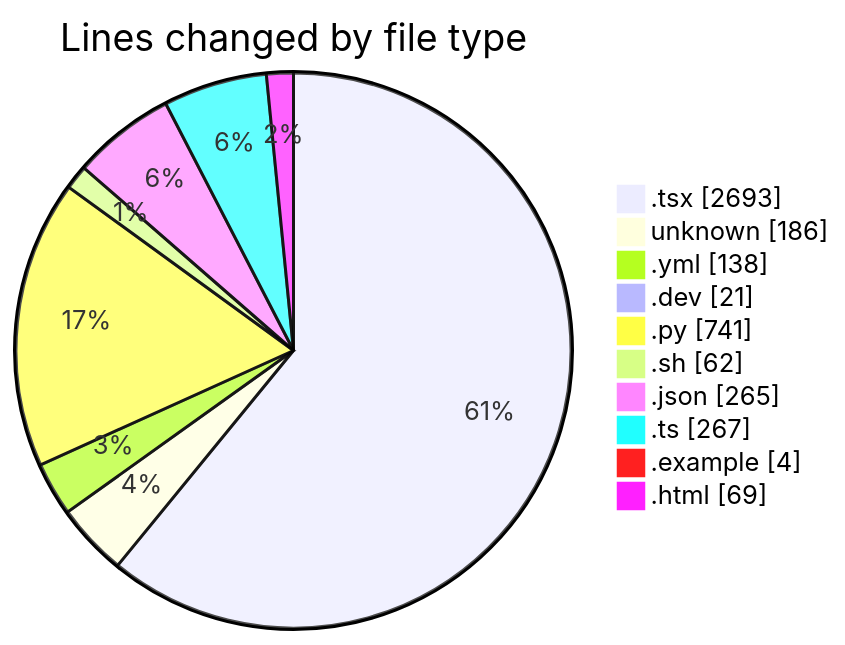
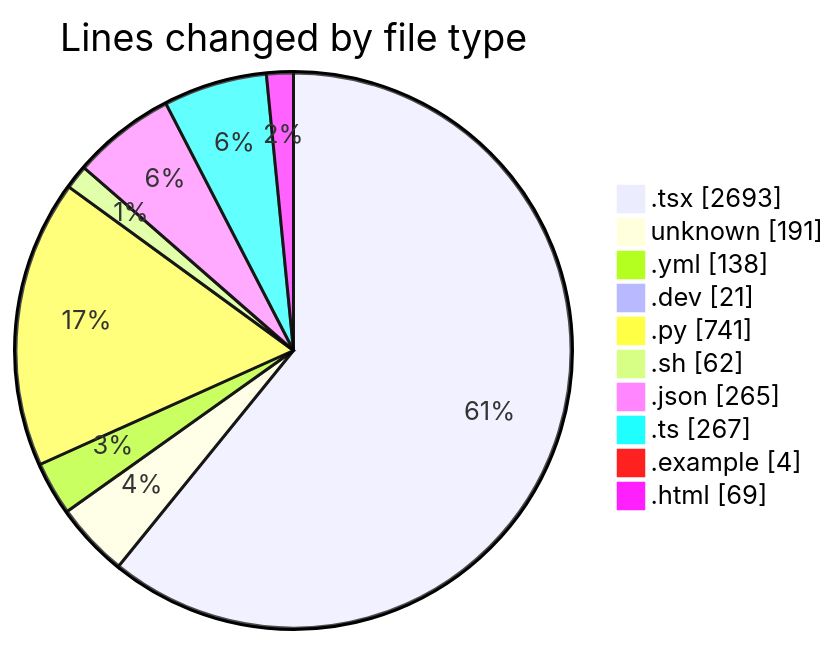
One commit to Elitesun/code-tracking changed the first of 2 diagrams in 2025-05-18/niten/README.md. Above: the diagram before and after it, drawn with Mermaid. The commit also changed other lines of this file and 1 other file, not shown here.

````diff
--- a/2025-05-18/niten/README.md
+++ b/2025-05-18/niten/README.md
@@ -51,14 +52,14 @@
 ```mermaid
 pie showData
 title Lines changed by file type
 ".tsx" : 2693
-"unknown" : 186
+"unknown" : 191
 ".yml" : 138
 ".dev" : 21
 ".py" : 741
 ".sh" : 62
 ".json" : 265
 ".ts" : 267
 ".example" : 4
 ".html" : 69
 ```
````
